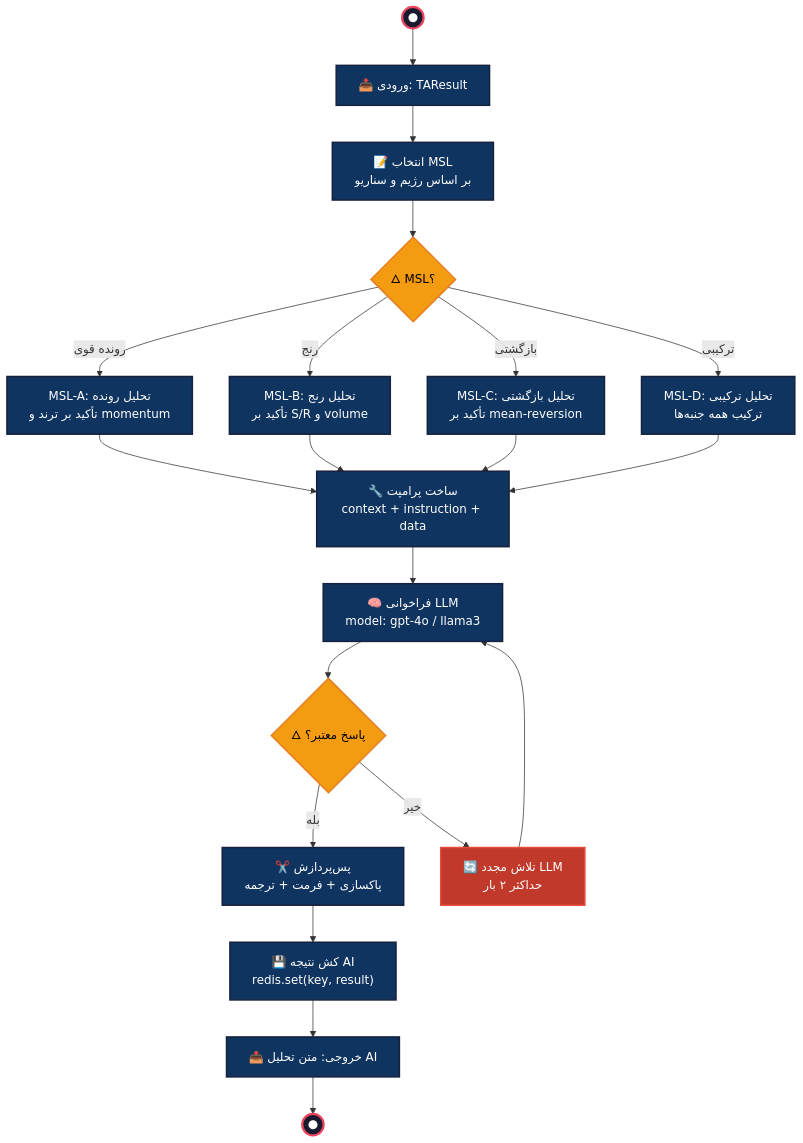
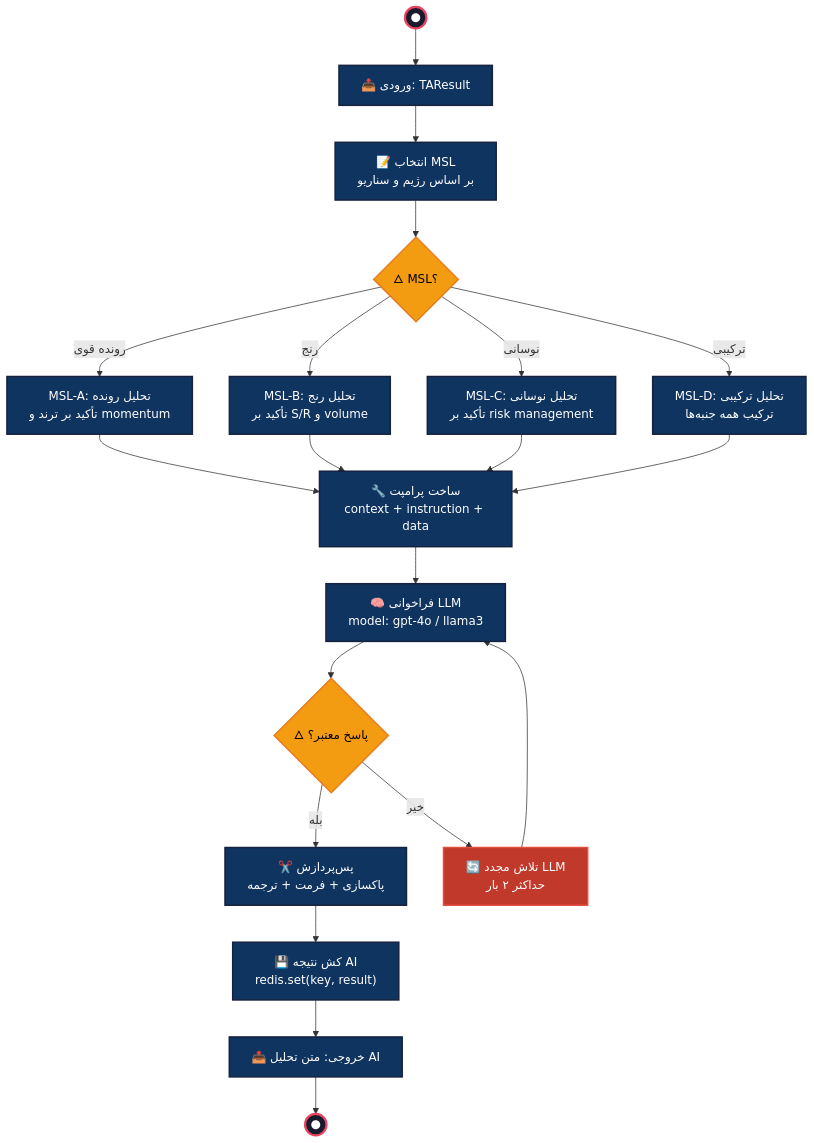
One commit to Shakour-Data/TechnicalAI changed the fourth of 9 diagrams in bpmn-section.md. Above: the diagram before and after it, drawn with Mermaid. The commit also changed other lines of this file and 23 other files, not shown here.

Commit message:
Update API services, decision graph, and TSE/Yahoo integrations

````diff
--- a/bpmn-section.md
+++ b/bpmn-section.md
@@ -249,31 +252,31 @@
 ```mermaid
 flowchart TB
     START3((●)) --> IN_TAR["📥 ورودی: TAResult"]
     IN_TAR --> SEL_MSL["📝 انتخاب MSL\nبر اساس رژیم و سناریو"]
     SEL_MSL --> MSL_GW3{"🜂 MSL؟"}
     MSL_GW3 -->|رونده قوی| MSLA["MSL-A: تحلیل رونده\nتأکید بر ترند و momentum"]
     MSL_GW3 -->|رنج| MSLB["MSL-B: تحلیل رنج\nتأکید بر S/R و volume"]
-    MSL_GW3 -->|بازگشتی| MSLC["MSL-C: تحلیل بازگشتی\nتأکید بر mean-reversion"]
+    MSL_GW3 -->|نوسانی| MSLC["MSL-C: تحلیل نوسانی\nتأکید بر risk management"]
     MSL_GW3 -->|ترکیبی| MSLD["MSL-D: تحلیل ترکیبی\nترکیب همه جنبه‌ها"]
     MSLA --> BUILD_P["🔧 ساخت پرامپت\ncontext + instruction + data"]
     MSLB --> BUILD_P
     MSLC --> BUILD_P
     MSLD --> BUILD_P
     BUILD_P --> CALL_LLM["🧠 فراخوانی LLM\nmodel: gpt-4o / llama3"]
     CALL_LLM --> LLM_OK{"🜂 پاسخ معتبر؟"}
     LLM_OK -->|بله| POST_PROC["✂️ پس‌پردازش\nپاکسازی + فرمت + ترجمه"]
     LLM_OK -->|خیر| RETRY_LLM["🔄 تلاش مجدد LLM\nحداکثر ۲ بار"]
     RETRY_LLM --> CALL_LLM
     POST_PROC --> CACHE_AI["💾 کش نتیجه AI\nredis.set(key, result)"]
     CACHE_AI --> OUT3["📤 خروجی: متن تحلیل AI"]
     OUT3 --> END3((●))
 
     classDef startEnd fill:#1a1a2e,stroke:#e94560,stroke-width:3px,color:#fff
     classDef gateway fill:#f39c12,stroke:#e67e22,stroke-width:2px,color:#000
     classDef task fill:#0f3460,stroke:#16213e,stroke-width:2px,color:#fff
     classDef error fill:#c0392b,stroke:#e74c3c,stroke-width:2px,color:#fff
     class START3,END3 startEnd
     class MSL_GW3,LLM_OK gateway
     class RETRY_LLM error
     class IN_TAR,SEL_MSL,MSLA,MSLB,MSLC,MSLD,BUILD_P,CALL_LLM,POST_PROC,CACHE_AI,OUT3 task
 ```
````
